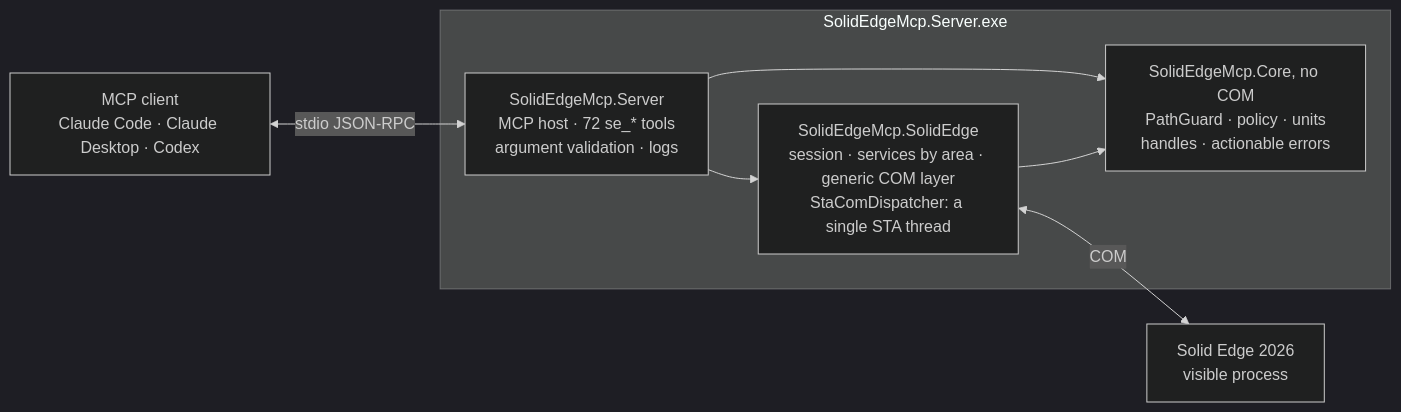
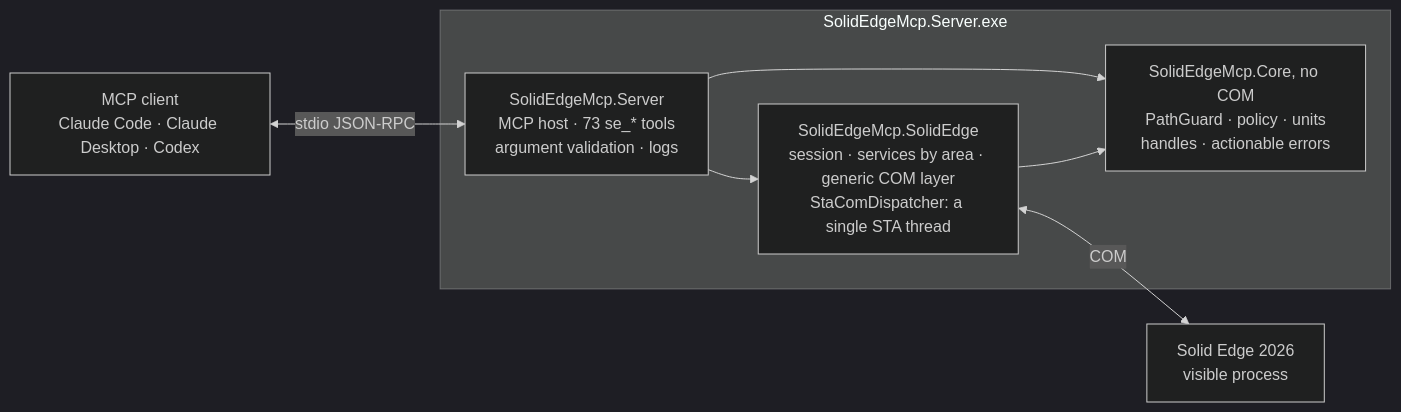
One commit to gabichuuuuu/solid-edge-mcp changed the diagram in README.md. Above: the diagram before and after it, drawn with Mermaid (dark theme). The commit also changed other lines of this file and 18 other files, not shown here.

````diff
--- a/README.md
+++ b/README.md
@@ -315,18 +316,18 @@
 ```mermaid
 flowchart LR
     client["MCP client<br/>Claude Code · Claude Desktop · Codex"]
 
     subgraph exe ["SolidEdgeMcp.Server.exe"]
-        server["SolidEdgeMcp.Server<br/>MCP host · 72 se_* tools<br/>argument validation · logs"]
+        server["SolidEdgeMcp.Server<br/>MCP host · 73 se_* tools<br/>argument validation · logs"]
         se["SolidEdgeMcp.SolidEdge<br/>session · services by area · generic COM layer<br/>StaComDispatcher: a single STA thread"]
         core["SolidEdgeMcp.Core, no COM<br/>PathGuard · policy · units<br/>handles · actionable errors"]
         server --> se
         server --> core
         se --> core
     end
 
     app["Solid Edge 2026<br/>visible process"]
 
     client <-->|stdio JSON-RPC| server
     se <-->|COM| app
 ```
````
